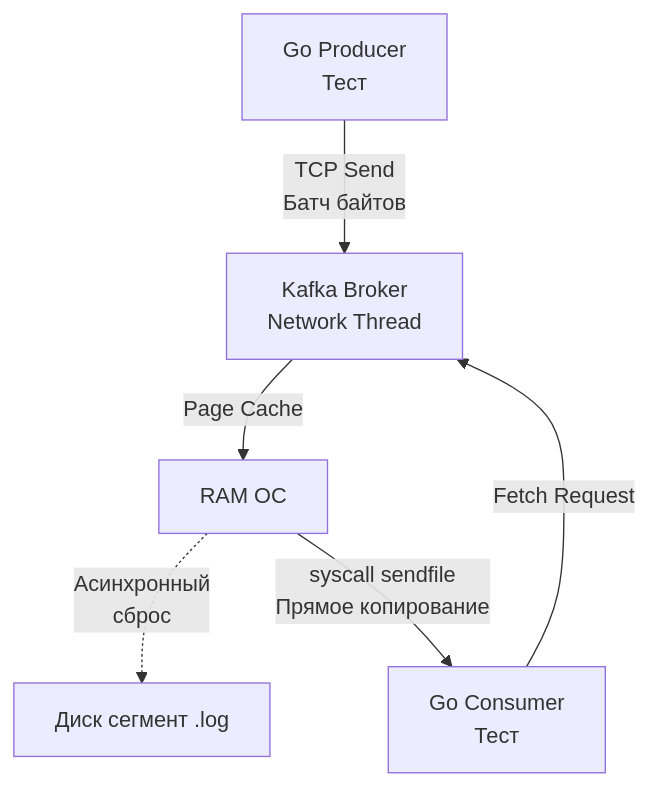
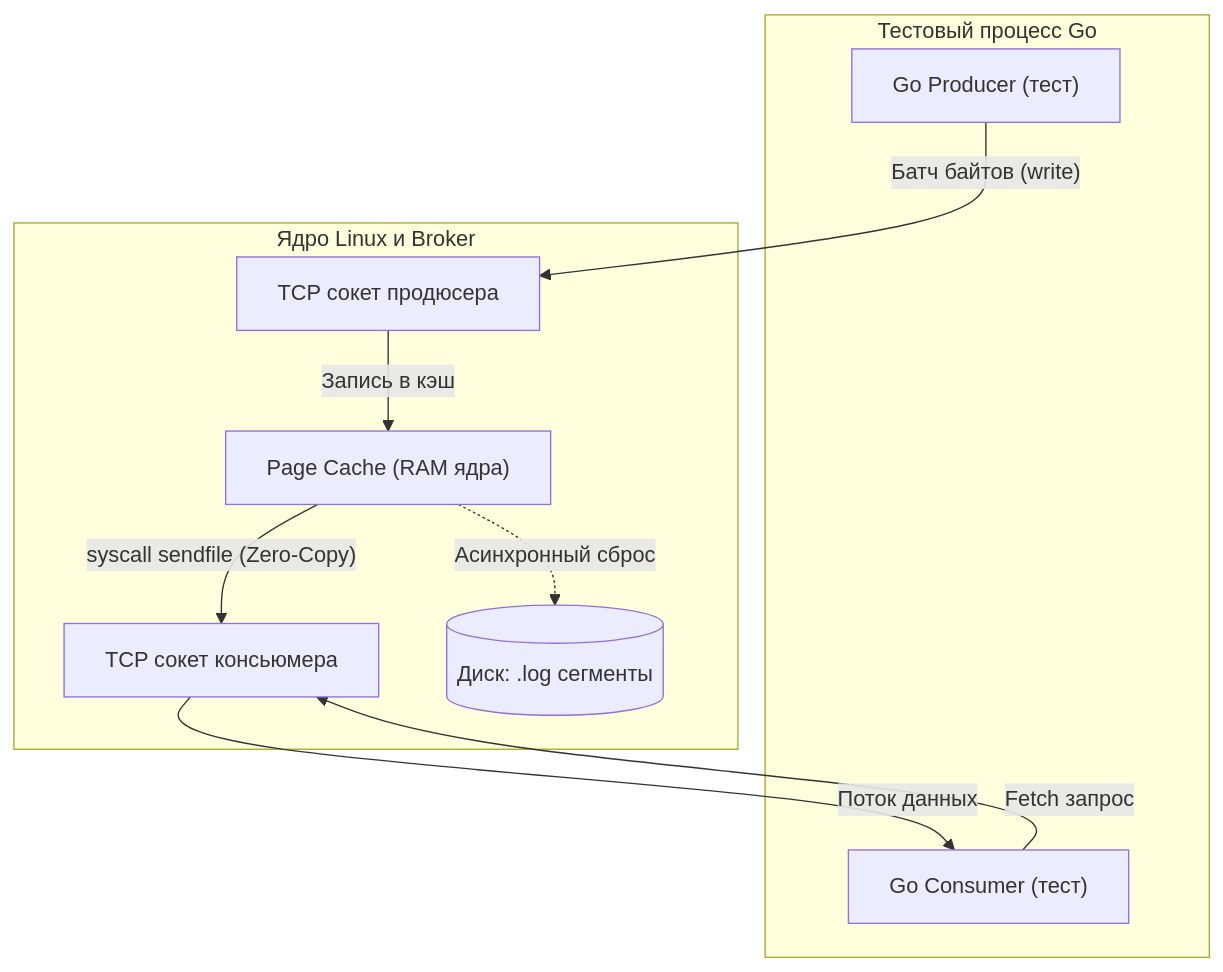
One commit to UnrealTemplier/go-textbook changed the diagram in sources/15. Тестирование в Go (QA & Testing)/05. Интеграционные тесты/7. Тестирование Kafka и очередей.md. Above: the diagram before and after it, drawn with Mermaid. The commit also changed other lines of this file, not shown here.

Commit message:
feat(module-15): editorial rewrite of lecture 7 (Тестирование Kafka и очередей) in Subsection 5 in Kernighan style

````diff
--- a/sources/15. Тестирование в Go (QA & Testing)/05. Интеграционные тесты/7. Тестирование Kafka и очередей.md
+++ b/sources/15. Тестирование в Go (QA & Testing)/05. Интеграционные тесты/7. Тестирование Kafka и очередей.md
@@ -20,9 +28,22 @@
 ```mermaid
 flowchart TD
-    A["Go Producer<br>Тест"] -->|"TCP Send<br>Батч байтов"| B["Kafka Broker<br>Network Thread"]
-    B -->|"Page Cache"| C["RAM ОС"]
-    C -.->|"Асинхронный<br>сброс"| D["Диск сегмент .log"]
-    
-    E["Go Consumer<br>Тест"] -->|"Fetch Request"| B
-    C -->|"syscall sendfile<br>Прямое копирование"| E
+    subgraph TestApp["Тестовый процесс Go"]
+        P["Go Producer (тест)"]
+        C["Go Consumer (тест)"]
+    end
+
+    subgraph LinuxKernel["Ядро Linux и Broker"]
+        SockIn["TCP сокет продюсера"]
+        SockOut["TCP сокет консьюмера"]
+        PC["Page Cache (RAM ядра)"]
+        Disk[("Диск: .log сегменты")]
+    end
+
+    P -->|"Батч байтов (write)"| SockIn
+    SockIn -->|"Запись в кэш"| PC
+    PC -.->|"Асинхронный сброс"| Disk
+
+    C -->|"Fetch запрос"| SockOut
+    PC -->|"syscall sendfile (Zero-Copy)"| SockOut
+    SockOut -->|"Поток данных"| C
 ```
````
